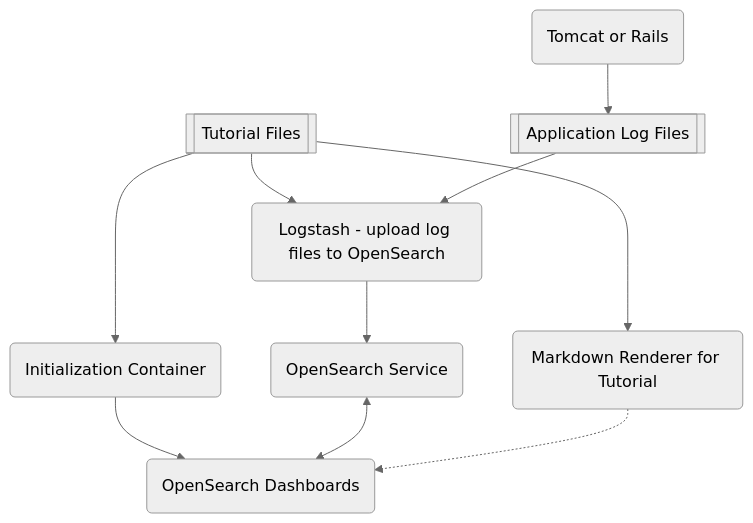
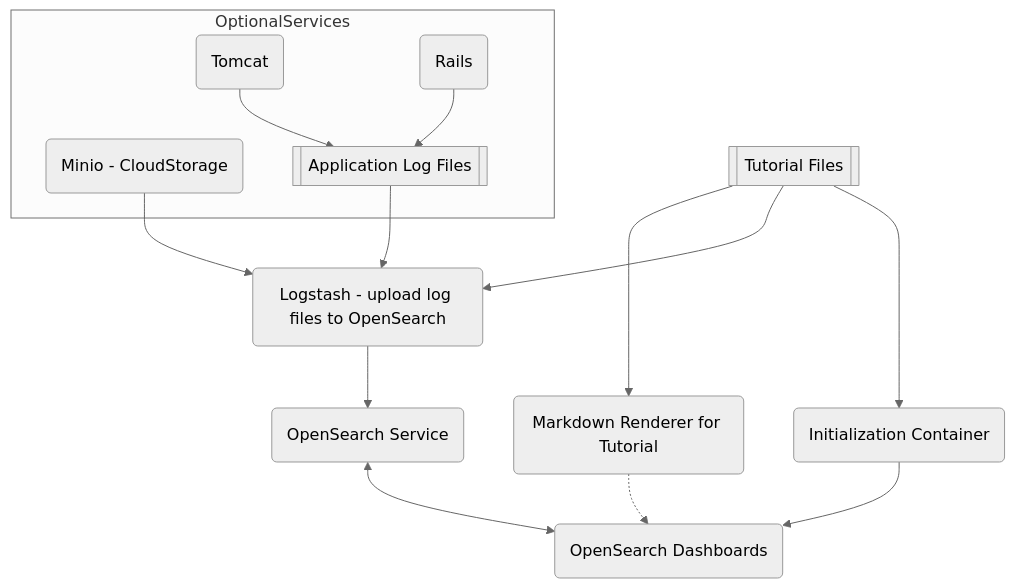
The diagram in README.md (CDLUC3/opensearch-tutorial), drawn with Mermaid (neutral theme) before and after one commit.

Commit message:
diagram updates

````diff
--- a/README.md
+++ b/README.md
@@ -31,20 +31,26 @@
 ```mermaid
   graph TD;
       Tutorial[[Tutorial Files]]
       Markdown(Markdown Renderer for Tutorial)
       OpenSearch(OpenSearch Service)
       Logstash(Logstash - upload log files to OpenSearch)
       OpenSearchDashboards(OpenSearch Dashboards)
       Init(Initialization Container)
       Tutorial-->Markdown
       Tutorial-->Logstash
       Tutorial-->Init
       Init-->OpenSearchDashboards
       Logstash-->OpenSearch
       OpenSearch<-->OpenSearchDashboards
       Markdown-.->OpenSearchDashboards
-      Service(Tomcat or Rails)
-      Logfiles[[Application Log Files]]
-      Service-->Logfiles
+      subgraph OptionalServices
+        Tomcat(Tomcat)
+        Rails(Rails)
+        Minio(Minio - CloudStorage)
+        Logfiles[[Application Log Files]]
+      end
+      Tomcat-->Logfiles
+      Rails-->Logfiles
       Logfiles-->Logstash
+      Minio-->Logstash
 ```
````
